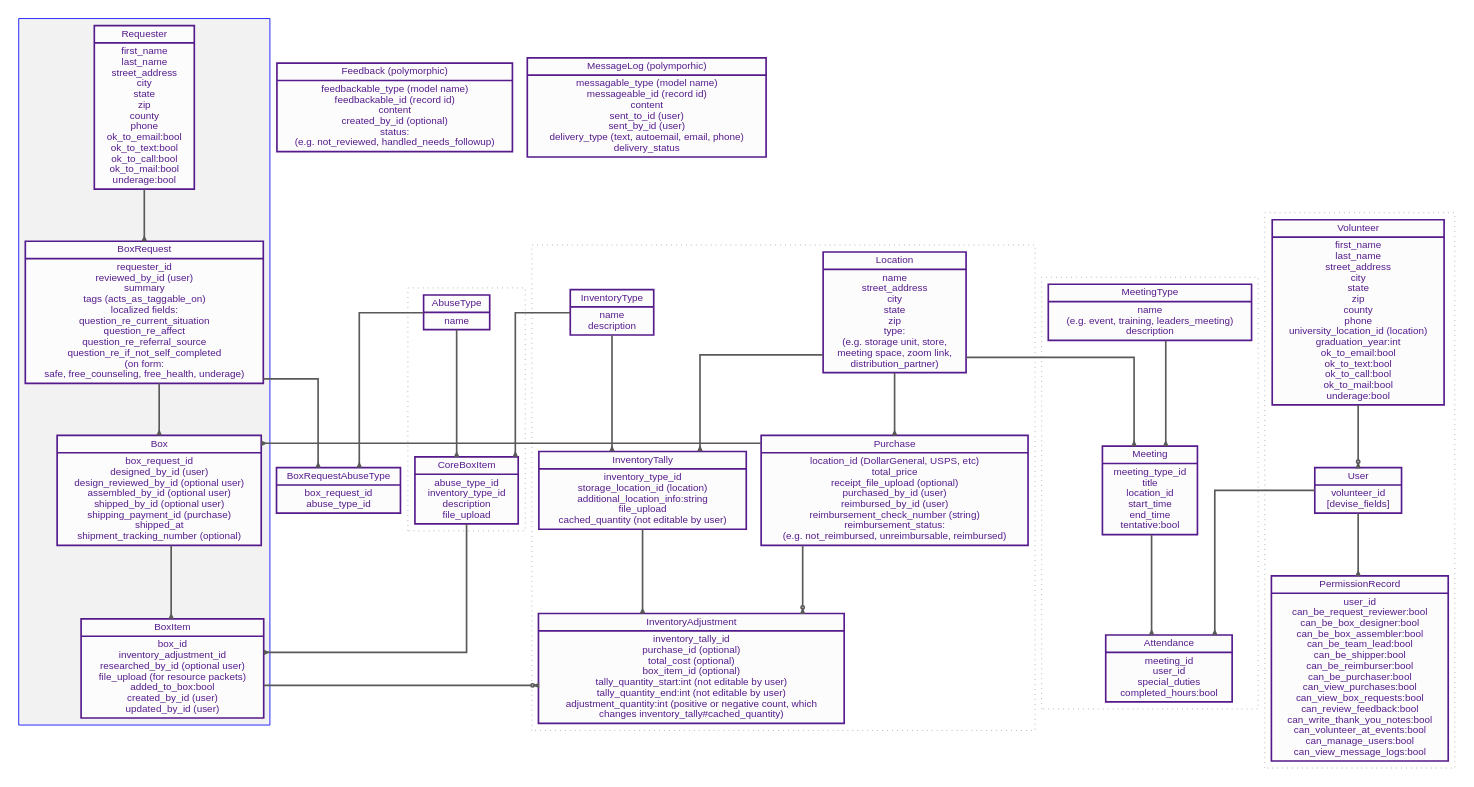
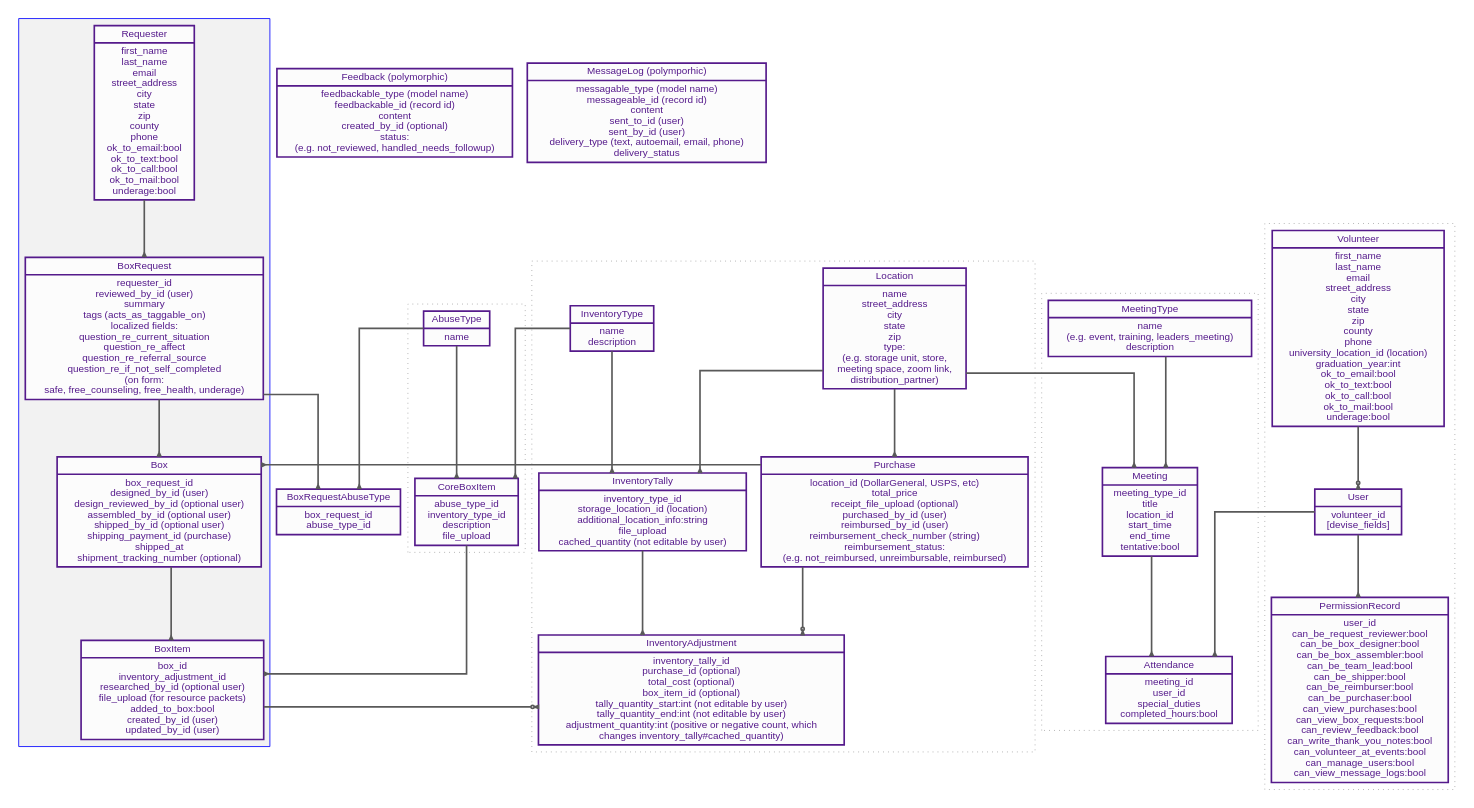
The diagram in notes/database-diagram.dot (rubyforgood/voices-of-consent), drawn with Graphviz before and after one commit. The commit also changed 12 other files, not shown here.

```diff
--- a/notes/database-diagram.dot
+++ b/notes/database-diagram.dot
@@ -112,6 +112,7 @@
                     Requester|
                     first_name\n
                     last_name\n
+                    email\n
                     street_address\n
                     city\n
                     state\n
@@ -130,6 +131,7 @@
                     Volunteer|
                     first_name\n
                     last_name\n
+                    email\n
                     street_address\n
                     city\n
                     state\n
```
